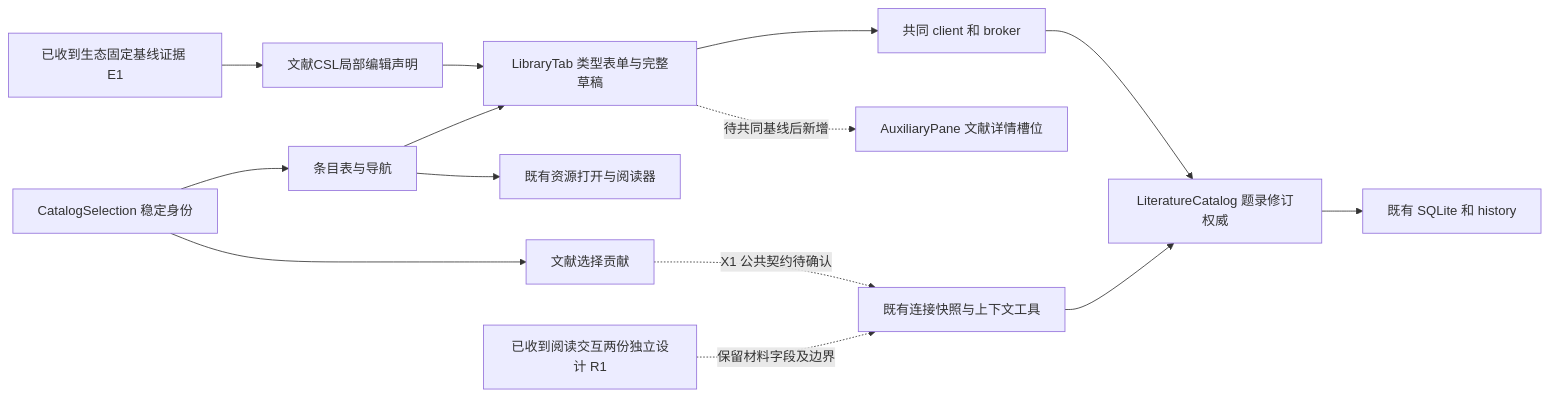
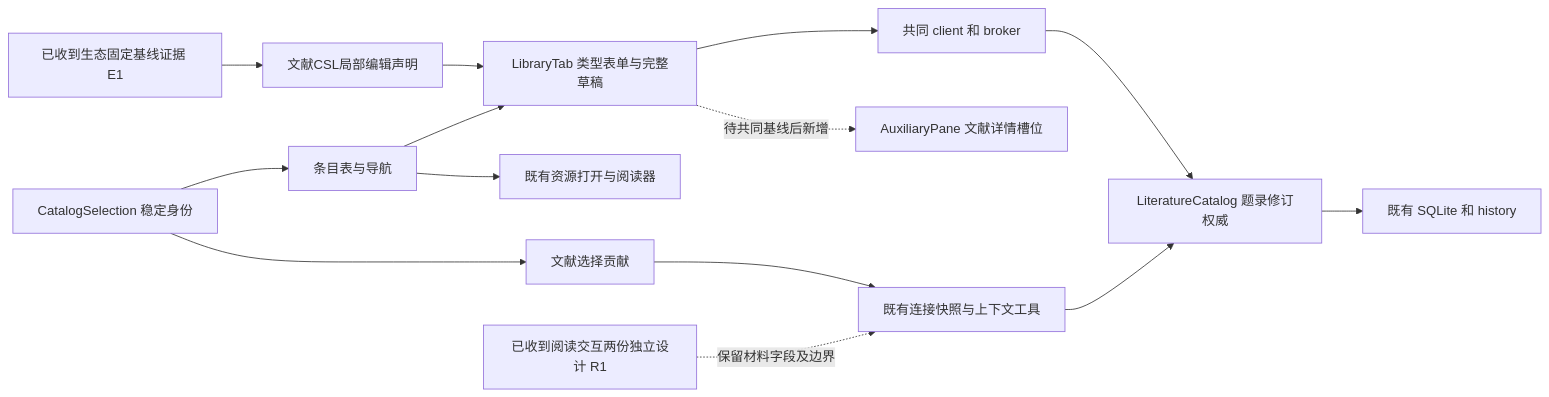
Before and after one commit to leike0813/Scholoom: the first of 2 diagrams in openspec/changes/complete-library-catalog-workbench/design.md, drawn with Mermaid. The commit also changed other lines of this file and 41 other files, not shown here.

````diff
--- a/openspec/changes/complete-library-catalog-workbench/design.md
+++ b/openspec/changes/complete-library-catalog-workbench/design.md
@@ -11,16 +29,16 @@
 ```mermaid
 flowchart LR
   Eco[已收到生态固定基线证据 E1] --> Fields[文献CSL局部编辑声明]
   Fields --> Form[LibraryTab 类型表单与完整草稿]
   Selection[CatalogSelection 稳定身份] --> Table[条目表与导航]
   Table --> Form
   Form --> Client[共同 client 和 broker]
   Client --> Catalog[LiteratureCatalog 题录修订权威]
   Catalog --> DB[既有 SQLite 和 history]
   Selection --> Contribution[文献选择贡献]
-  Contribution -. X1 公共契约待确认 .-> Bridge[既有连接快照与上下文工具]
+  Contribution --> Bridge[既有连接快照与上下文工具]
   Bridge --> Catalog
   Table --> Reader[既有资源打开与阅读器]
   Form -. 待共同基线后新增 .-> Detail[AuxiliaryPane 文献详情槽位]
   Interaction[已收到阅读交互两份独立设计 R1] -. 保留材料字段及边界 .-> Bridge
 ```
````
